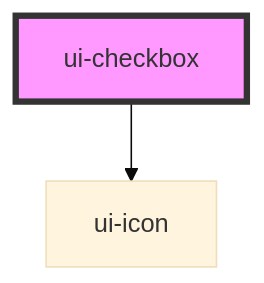
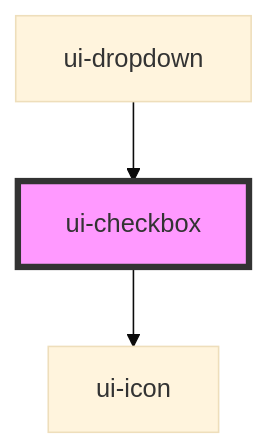
One commit to karan-technous/web-componenets-custome-lib changed the diagram in ui-platform/packages/web-components/src/components/ui-checkbox/readme.md. Above: the diagram before and after it, drawn with Mermaid (base theme). The commit also changed other lines of this file and 38 other files, not shown here.

````diff
--- a/ui-platform/packages/web-components/src/components/ui-checkbox/readme.md
+++ b/ui-platform/packages/web-components/src/components/ui-checkbox/readme.md
@@ -33,5 +37,6 @@
 ```mermaid
 graph TD;
   ui-checkbox --> ui-icon
+  ui-dropdown --> ui-checkbox
   style ui-checkbox fill:#f9f,stroke:#333,stroke-width:4px
 ```
````
